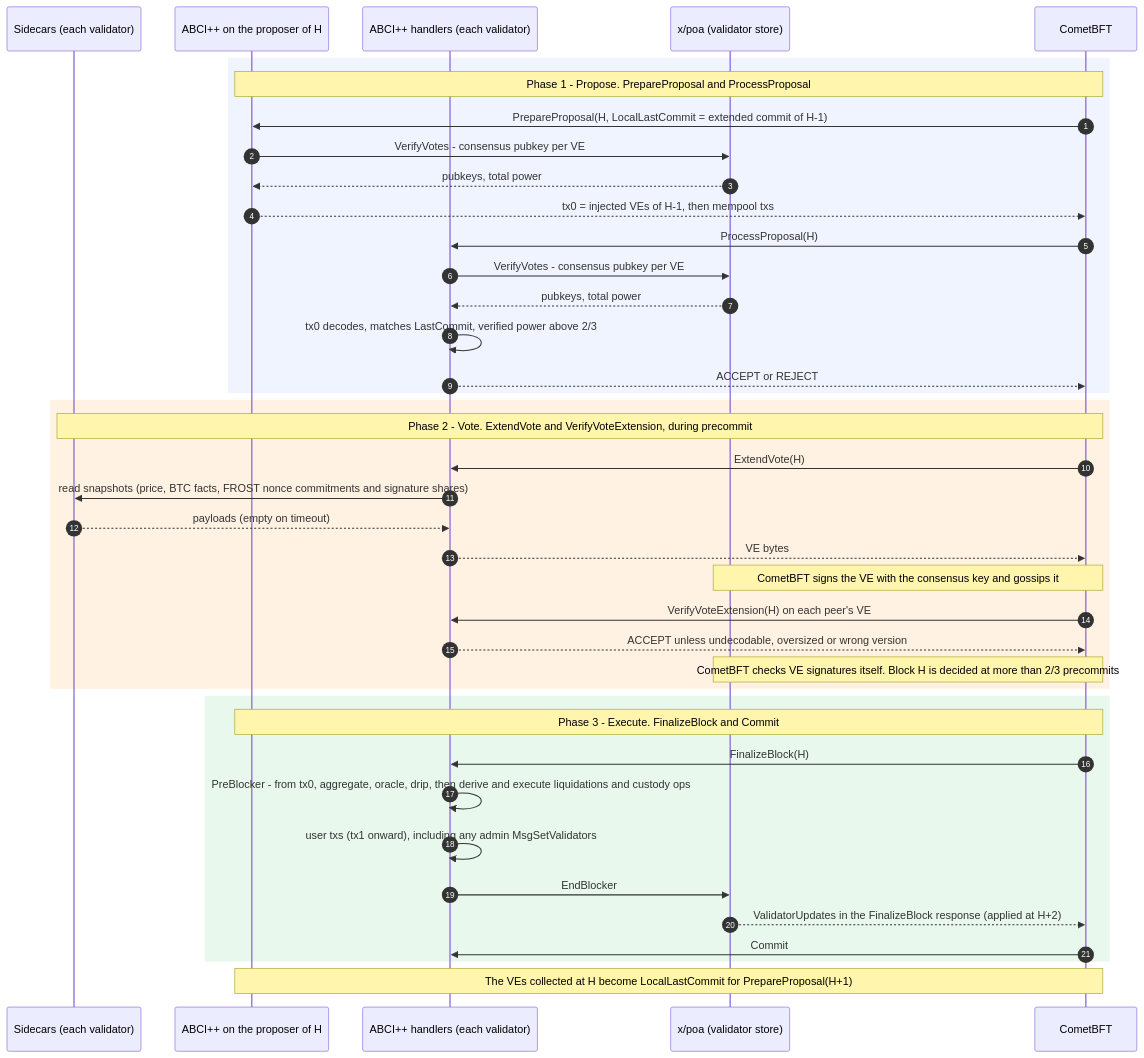
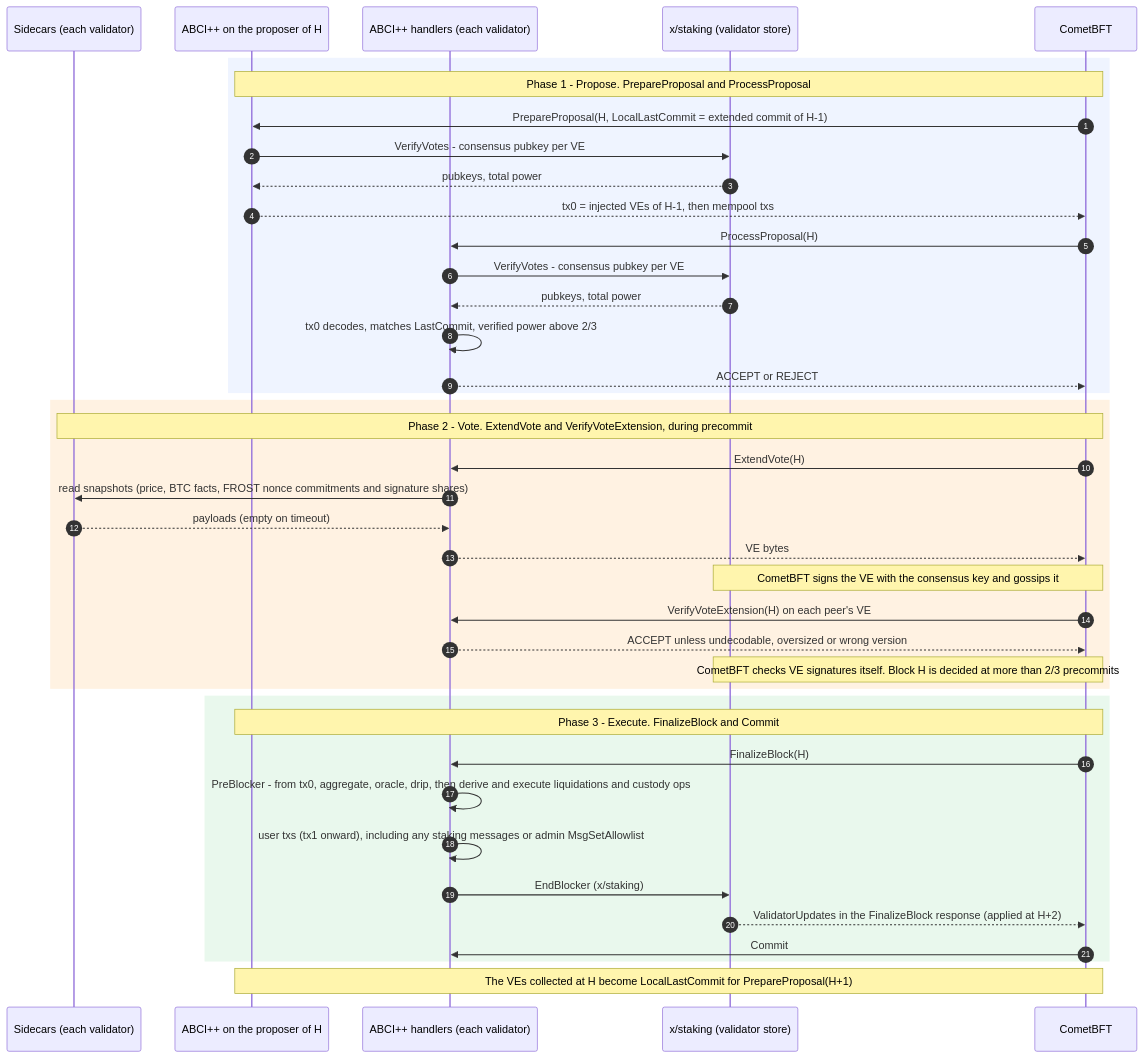
Before and after one commit to logicvoid0x/keystone: the second of 6 diagrams in docs/design.md, drawn with Mermaid. The commit also changed other lines of this file, not shown here.

````diff
--- a/docs/design.md
+++ b/docs/design.md
@@ -334,42 +343,42 @@
 ```mermaid
 sequenceDiagram
   autonumber
   participant S as Sidecars (each validator)
   participant P as ABCI++ on the proposer of H
   participant V as ABCI++ handlers (each validator)
-  participant X as x/poa (validator store)
+  participant X as x/staking (validator store)
   participant C as CometBFT
   rect rgba(120, 160, 255, 0.12)
   Note over P,C: Phase 1 - Propose. PrepareProposal and ProcessProposal
   C->>P: PrepareProposal(H, LocalLastCommit = extended commit of H-1)
   P->>X: VerifyVotes - consensus pubkey per VE
   X-->>P: pubkeys, total power
   P-->>C: tx0 = injected VEs of H-1, then mempool txs
   C->>V: ProcessProposal(H)
   V->>X: VerifyVotes - consensus pubkey per VE
   X-->>V: pubkeys, total power
   V->>V: tx0 decodes, matches LastCommit, verified power above 2/3
   V-->>C: ACCEPT or REJECT
   end
   rect rgba(255, 170, 60, 0.15)
   Note over S,C: Phase 2 - Vote. ExtendVote and VerifyVoteExtension, during precommit
   C->>V: ExtendVote(H)
   V->>S: read snapshots (price, BTC facts, FROST nonce commitments and signature shares)
   S-->>V: payloads (empty on timeout)
   V-->>C: VE bytes
   Note over X,C: CometBFT signs the VE with the consensus key and gossips it
   C->>V: VerifyVoteExtension(H) on each peer's VE
   V-->>C: ACCEPT unless undecodable, oversized or wrong version
   Note over X,C: CometBFT checks VE signatures itself. Block H is decided at more than 2/3 precommits
   end
   rect rgba(90, 200, 120, 0.13)
   Note over P,C: Phase 3 - Execute. FinalizeBlock and Commit
   C->>V: FinalizeBlock(H)
   V->>V: PreBlocker - from tx0, aggregate, oracle, drip, then derive and execute liquidations and custody ops
-  V->>V: user txs (tx1 onward), including any admin MsgSetValidators
-  V->>X: EndBlocker
+  V->>V: user txs (tx1 onward), including any staking messages or admin MsgSetAllowlist
+  V->>X: EndBlocker (x/staking)
   X-->>C: ValidatorUpdates in the FinalizeBlock response (applied at H+2)
   C->>V: Commit
   end
   Note over P,C: The VEs collected at H become LocalLastCommit for PrepareProposal(H+1)
 ```
````
